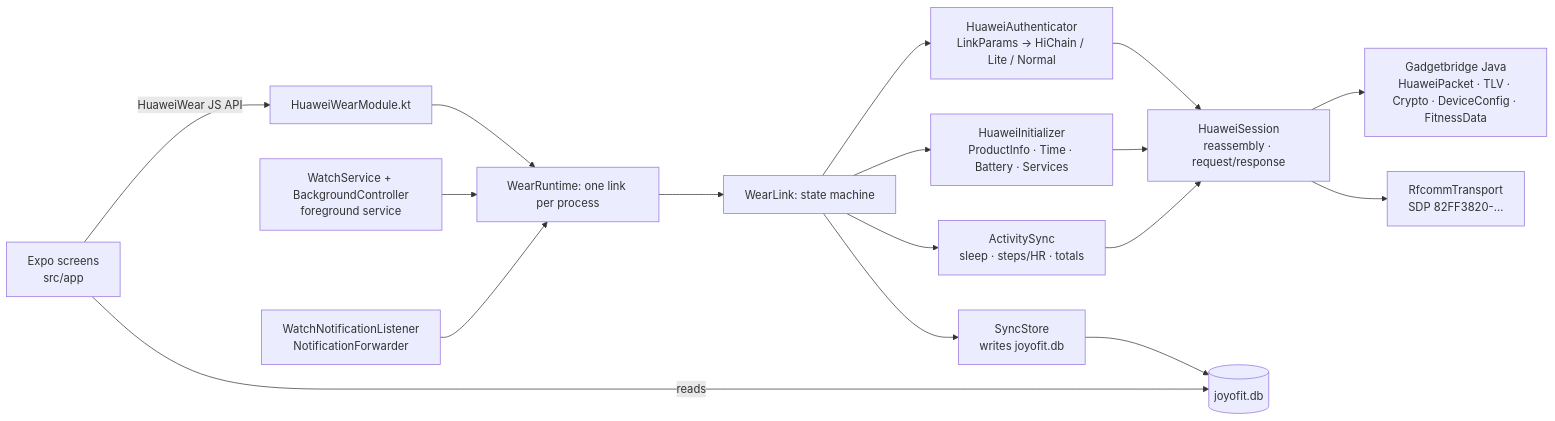
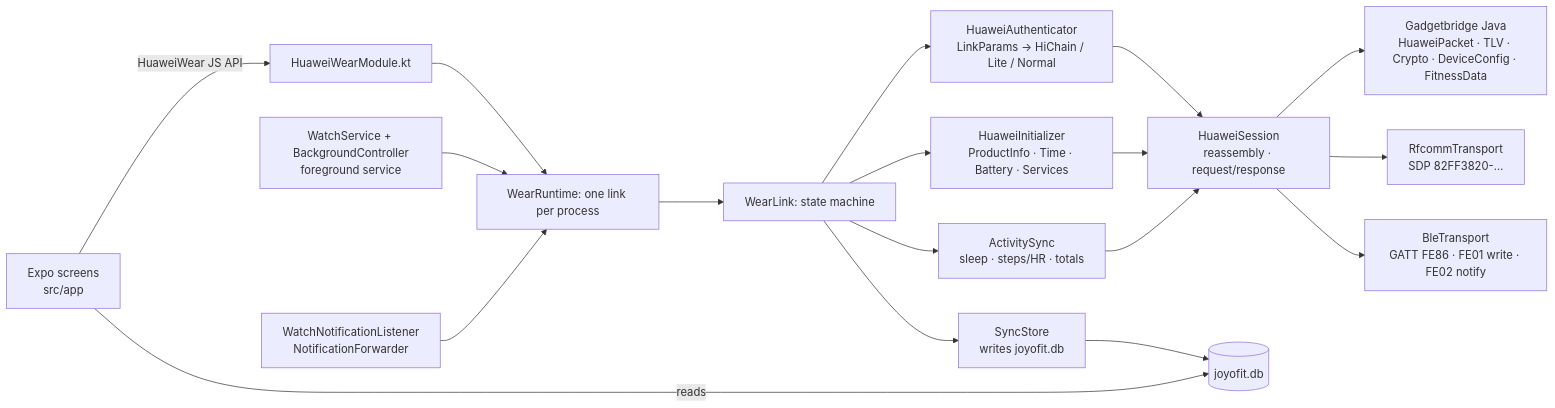
The first of 2 diagrams in README.md (David4rr/joyofit), drawn with Mermaid before and after one commit. The commit also changed other lines of this file and 14 other files, not shown here.

Commit message:
Bluetooth LE transport (GATT FE86) for Huawei and Honor bands and LE watches, per-model transport selection, LE models experimental; push daily Recovery/Strain/Sleep to the JoyoRogo diary

````diff
--- a/README.md
+++ b/README.md
@@ -46,17 +48,18 @@
 ```mermaid
 flowchart LR
   UI[Expo screens<br/>src/app] -- HuaweiWear JS API --> MOD[HuaweiWearModule.kt]
   MOD --> RT[WearRuntime: one link per process]
   SVC[WatchService + BackgroundController<br/>foreground service] --> RT
   NL[WatchNotificationListener<br/>NotificationForwarder] --> RT
   RT --> LINK[WearLink: state machine]
   LINK --> AUTH[HuaweiAuthenticator<br/>LinkParams → HiChain / Lite / Normal]
   LINK --> INIT[HuaweiInitializer<br/>ProductInfo · Time · Battery · Services]
   LINK --> SYNC[ActivitySync<br/>sleep · steps/HR · totals]
   LINK --> STORE[SyncStore<br/>writes joyofit.db]
   AUTH & INIT & SYNC --> SES[HuaweiSession<br/>reassembly · request/response]
   SES --> GB[Gadgetbridge Java<br/>HuaweiPacket · TLV · Crypto · DeviceConfig · FitnessData]
   SES --> RF[RfcommTransport<br/>SDP 82FF3820-…]
+  SES --> BLE[BleTransport<br/>GATT FE86 · FE01 write · FE02 notify]
   STORE --> DB[(joyofit.db)]
   UI -- reads --> DB
 ```
````
